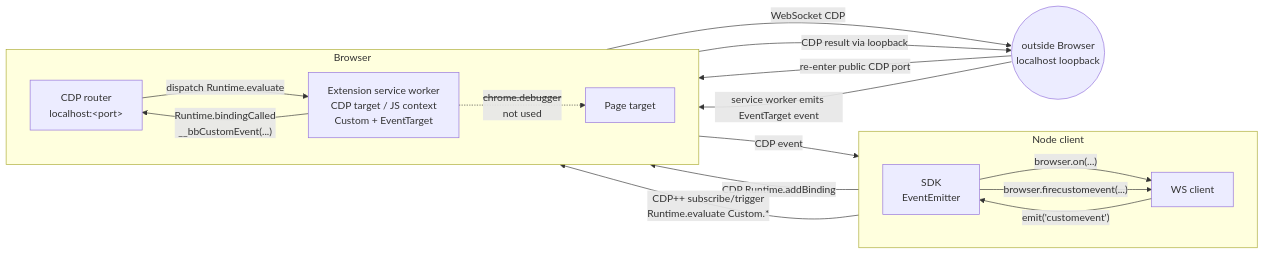
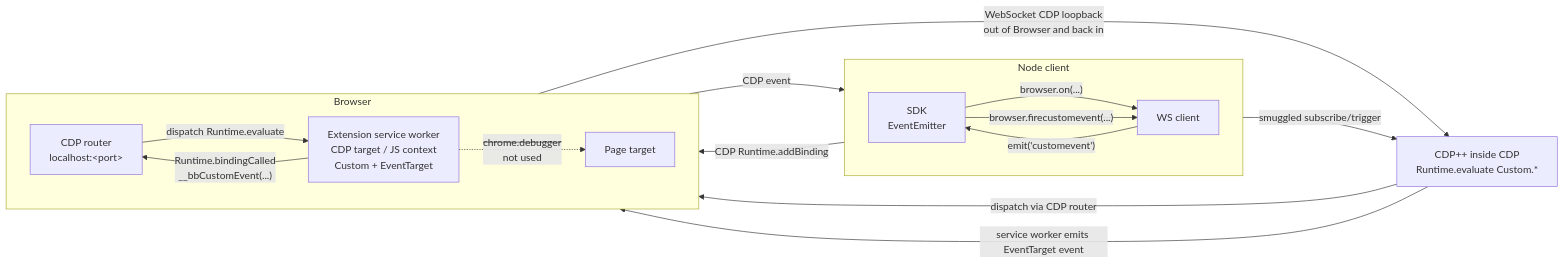
The fourth of 4 diagrams in README.md (pirate/chrome-cdp-extension-bridge), drawn with Mermaid before and after one commit. The commit also changed other lines of this file, not shown here.

Commit message:
Route loopback arrows through smuggled CDP nodes

````diff
--- a/README.md
+++ b/README.md
@@ -132,31 +131,30 @@
 ```mermaid
 flowchart LR
   subgraph Node["Node client"]
     direction LR
     SDK["SDK<br/>EventEmitter"]
     WS["WS client"]
     SDK -->|"browser.on(...)"| WS
     SDK -->|"browser.firecustomevent(...)"| WS
   end
 
   subgraph Browser["Browser"]
     direction LR
     CDP["CDP router<br/>localhost:&lt;port&gt;"]
     SW["Extension service worker<br/>CDP target / JS context<br/>Custom + EventTarget"]
     Page["Page target"]
     CDP -->|"dispatch Runtime.evaluate"| SW
     SW -. "<s>chrome.debugger</s><br/>not used" .-> Page
   end
 
-  Loop(("outside Browser<br/>localhost loopback"))
+  Smuggle["CDP++ inside CDP<br/>Runtime.evaluate Custom.*"]
 
   WS -->|"CDP Runtime.addBinding"| CDP
-  WS -->|"CDP++ subscribe/trigger<br/>Runtime.evaluate Custom.*"| CDP
-  SW -->|"WebSocket CDP"| Loop
-  Loop -->|"re-enter public CDP port"| CDP
-  CDP -->|"CDP result via loopback"| Loop
-  Loop -->|"service worker emits EventTarget event"| SW
+  WS -->|"smuggled subscribe/trigger"| Smuggle
+  Smuggle -->|"dispatch via CDP router"| CDP
+  SW -->|"WebSocket CDP loopback<br/>out of Browser and back in"| Smuggle
+  Smuggle -->|"service worker emits EventTarget event"| SW
   SW -->|"Runtime.bindingCalled<br/>__bbCustomEvent(...)"| CDP
   CDP -->|"CDP event"| WS
   WS -->|"emit('customevent')"| SDK
 ```
````
